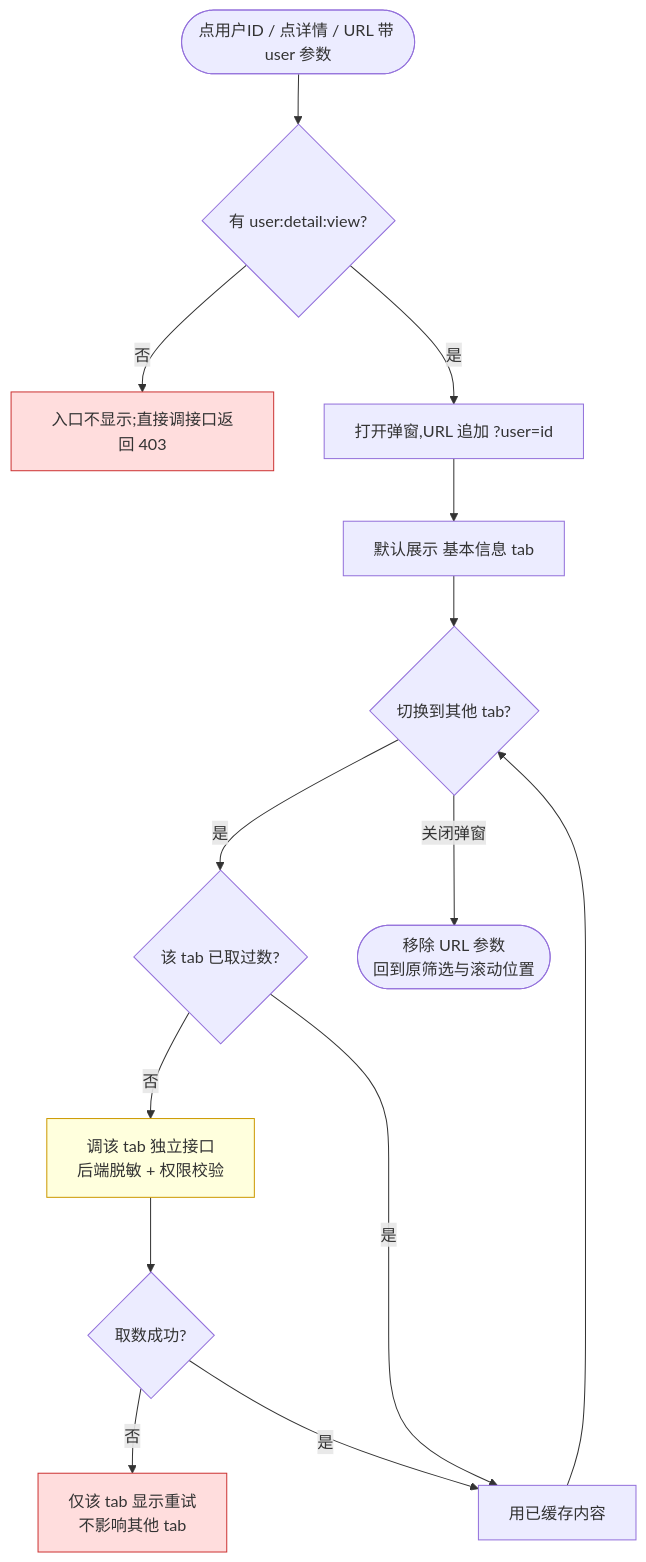
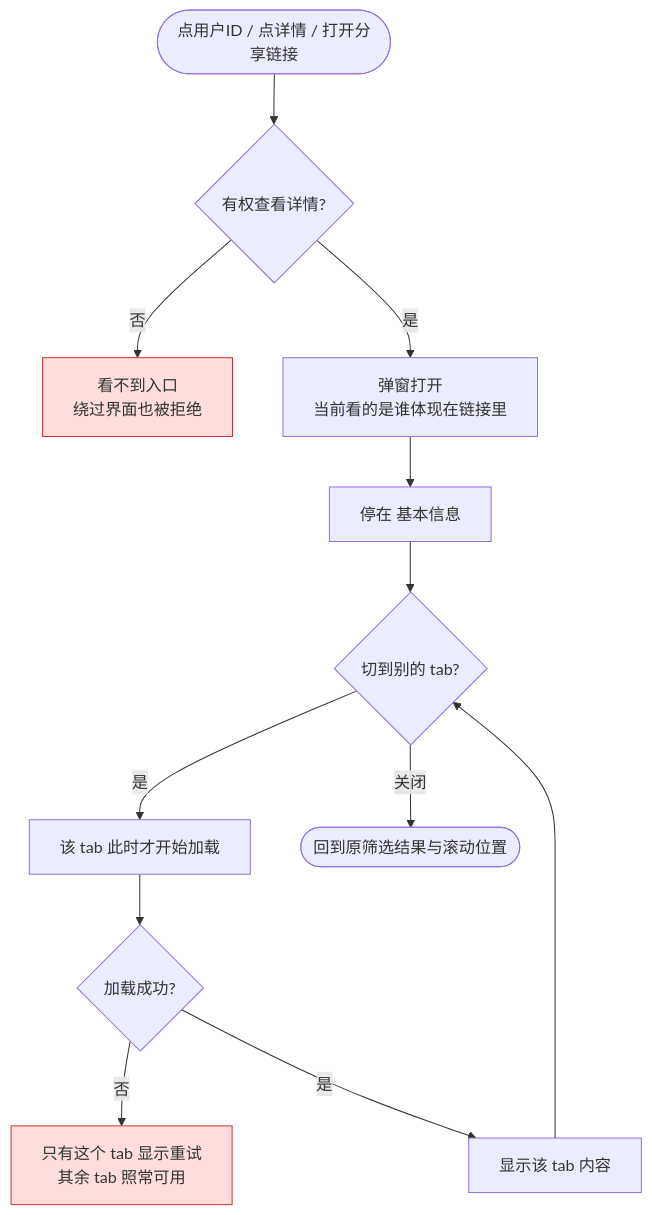
One commit to bingo-lab-1/bingo-figma changed the first of 3 diagrams in M2-用户管理/2.1-用户列表/README.md. Above: the diagram before and after it, drawn with Mermaid. The commit also changed other lines of this file and 4 other files, not shown here.

````diff
--- a/M2-用户管理/2.1-用户列表/README.md
+++ b/M2-用户管理/2.1-用户列表/README.md
@@ -179,20 +182,17 @@
 ```mermaid
 flowchart TD
-    S([点用户ID / 点详情 / URL 带 user 参数]) --> P{有 user:detail:view?}
-    P -- 否 --> X1[入口不显示;直接调接口返回 403]
-    P -- 是 --> O[打开弹窗,URL 追加 ?user=id]
-    O --> B[默认展示 基本信息 tab]
-    B --> T{切换到其他 tab?}
-    T -- 是 --> L{该 tab 已取过数?}
-    L -- 否 --> Q[调该 tab 独立接口<br/>后端脱敏 + 权限校验]
-    L -- 是 --> C[用已缓存内容]
-    Q --> R{取数成功?}
-    R -- 否 --> X2[仅该 tab 显示重试<br/>不影响其他 tab]
-    R -- 是 --> C
+    S([点用户ID / 点详情 / 打开分享链接]) --> P{有权查看详情?}
+    P -- 否 --> X1[看不到入口<br/>绕过界面也被拒绝]
+    P -- 是 --> O[弹窗打开<br/>当前看的是谁体现在链接里]
+    O --> B[停在 基本信息]
+    B --> T{切到别的 tab?}
+    T -- 是 --> Q[该 tab 此时才开始加载]
+    Q --> R{加载成功?}
+    R -- 否 --> X2[只有这个 tab 显示重试<br/>其余 tab 照常可用]
+    R -- 是 --> C[显示该 tab 内容]
     C --> T
-    T -- 关闭弹窗 --> E([移除 URL 参数<br/>回到原筛选与滚动位置])
+    T -- 关闭 --> E([回到原筛选结果与滚动位置])
 
     style X1 fill:#fdd,stroke:#c33
     style X2 fill:#fdd,stroke:#c33
-    style Q fill:#ffd,stroke:#c90
 ```
````
